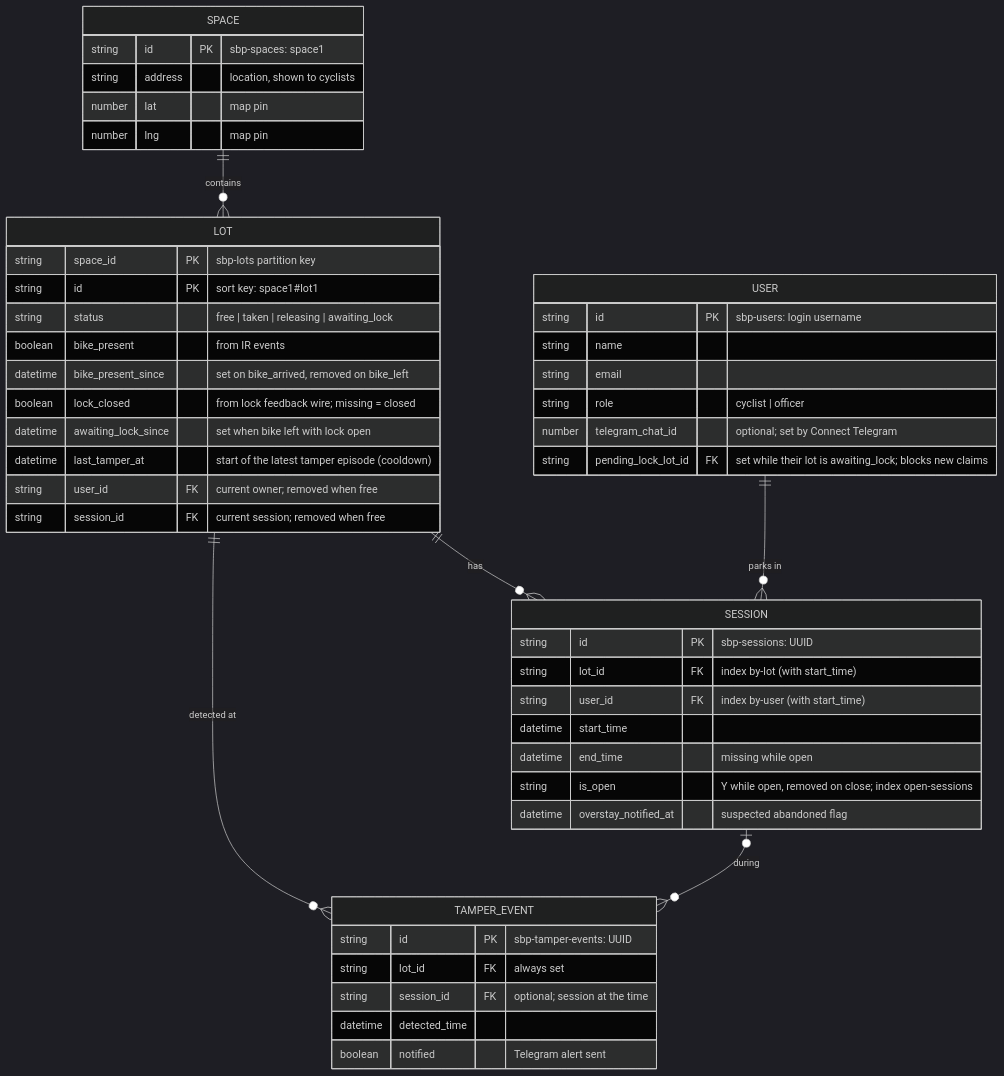
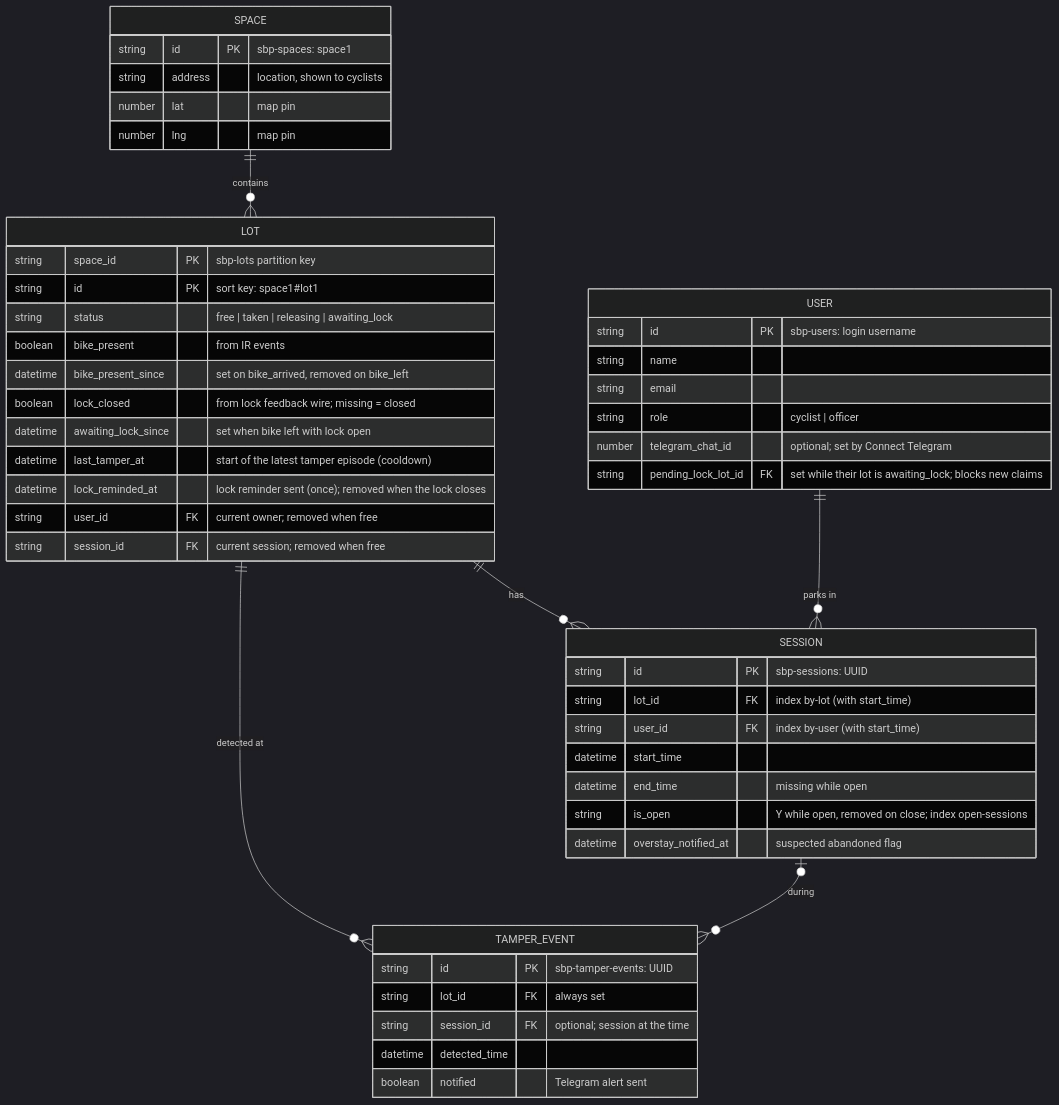
Before and after one commit to realestzeyu/smart-bike-parking: the diagram in docs/agreed-names-and-formats.md, drawn with Mermaid (dark theme). The commit also changed other lines of this file and 10 other files, not shown here.

````diff
--- a/docs/agreed-names-and-formats.md
+++ b/docs/agreed-names-and-formats.md
@@ -57,51 +59,52 @@
 ```mermaid
 erDiagram
     SPACE ||--o{ LOT : contains
     LOT ||--o{ SESSION : has
     USER ||--o{ SESSION : "parks in"
     LOT ||--o{ TAMPER_EVENT : "detected at"
     SESSION |o--o{ TAMPER_EVENT : "during"
 
     SPACE {
         string id PK "sbp-spaces: space1"
         string address "location, shown to cyclists"
         number lat "map pin"
         number lng "map pin"
     }
     LOT {
         string space_id PK "sbp-lots partition key"
         string id PK "sort key: space1#lot1"
         string status "free | taken | releasing | awaiting_lock"
         boolean bike_present "from IR events"
         datetime bike_present_since "set on bike_arrived, removed on bike_left"
         boolean lock_closed "from lock feedback wire; missing = closed"
         datetime awaiting_lock_since "set when bike left with lock open"
         datetime last_tamper_at "start of the latest tamper episode (cooldown)"
+        datetime lock_reminded_at "lock reminder sent (once); removed when the lock closes"
         string user_id FK "current owner; removed when free"
         string session_id FK "current session; removed when free"
     }
     USER {
         string id PK "sbp-users: login username"
         string name
         string email
         string role "cyclist | officer"
         number telegram_chat_id "optional; set by Connect Telegram"
         string pending_lock_lot_id FK "set while their lot is awaiting_lock; blocks new claims"
     }
     SESSION {
         string id PK "sbp-sessions: UUID"
         string lot_id FK "index by-lot (with start_time)"
         string user_id FK "index by-user (with start_time)"
         datetime start_time
         datetime end_time "missing while open"
         string is_open "Y while open, removed on close; index open-sessions"
         datetime overstay_notified_at "suspected abandoned flag"
     }
     TAMPER_EVENT {
         string id PK "sbp-tamper-events: UUID"
         string lot_id FK "always set"
         string session_id FK "optional; session at the time"
         datetime detected_time
         boolean notified "Telegram alert sent"
     }
 ```
````
